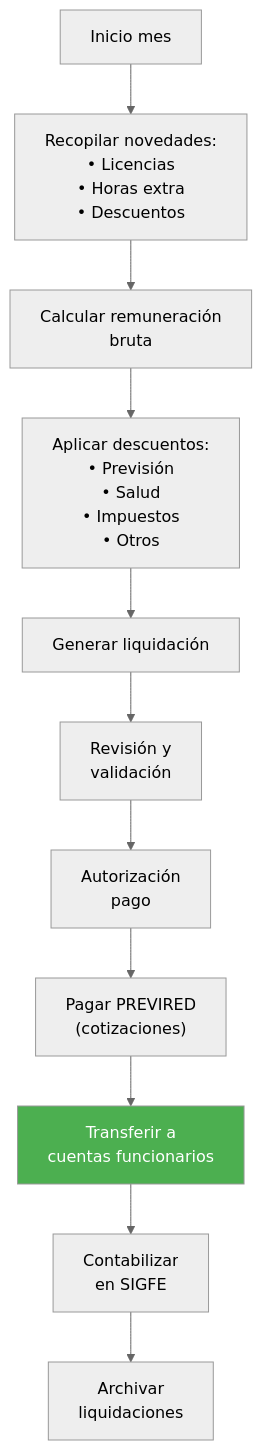
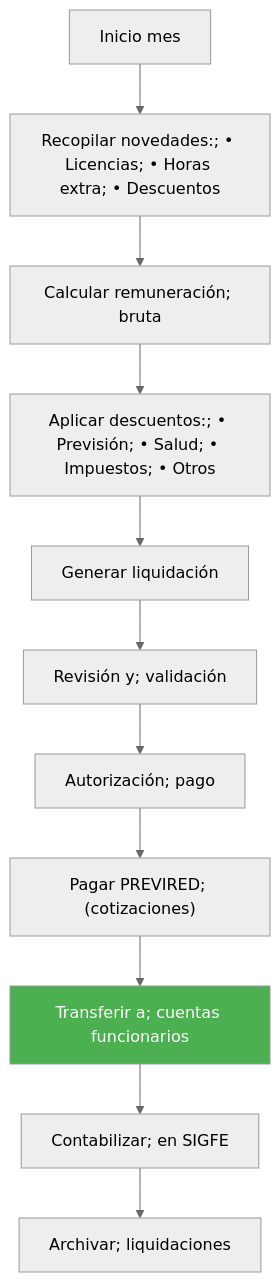
One commit to felix-antonio-sl/kora changed the fourth of 9 diagrams in drafts/gn/bpmn/bpmn-d07-rrhh.md. Above: the diagram before and after it, drawn with Mermaid (neutral theme). The commit also changed other lines of this file and 265 other files, not shown here.

````diff
--- a/drafts/gn/bpmn/bpmn-d07-rrhh.md
+++ b/drafts/gn/bpmn/bpmn-d07-rrhh.md
@@ -159,14 +176,15 @@
 ```mermaid
 flowchart TD
-    A["Inicio mes"] --> B["Recopilar novedades:<br/>• Licencias<br/>• Horas extra<br/>• Descuentos"]
-    B --> C["Calcular remuneración<br/>bruta"]
-    C --> D["Aplicar descuentos:<br/>• Previsión<br/>• Salud<br/>• Impuestos<br/>• Otros"]
-    D --> E["Generar liquidación"]
-    E --> F["Revisión y<br/>validación"]
-    F --> G["Autorización<br/>pago"]
-    G --> H["Pagar PREVIRED<br/>(cotizaciones)"]
-    H --> I["Transferir a<br/>cuentas funcionarios"]
-    I --> J["Contabilizar<br/>en SIGFE"]
-    J --> K["Archivar<br/>liquidaciones"]
-    style I fill:#4CAF50,color:#fff
+ A["Inicio mes"] --> B["Recopilar novedades:; • Licencias; • Horas extra; • Descuentos"]
+ B --> C["Calcular remuneración; bruta"]
+ C --> D["Aplicar descuentos:; • Previsión; • Salud; • Impuestos; • Otros"]
+ D --> E["Generar liquidación"]
+ E --> F["Revisión y; validación"]
+ F --> G["Autorización; pago"]
+ G --> H["Pagar PREVIRED; (cotizaciones)"]
+ H --> I["Transferir a; cuentas funcionarios"]
+ I --> J["Contabilizar; en SIGFE"]
+ J --> K["Archivar; liquidaciones"]
+
+ style I fill:#4CAF50,color:#fff
 ```
````
